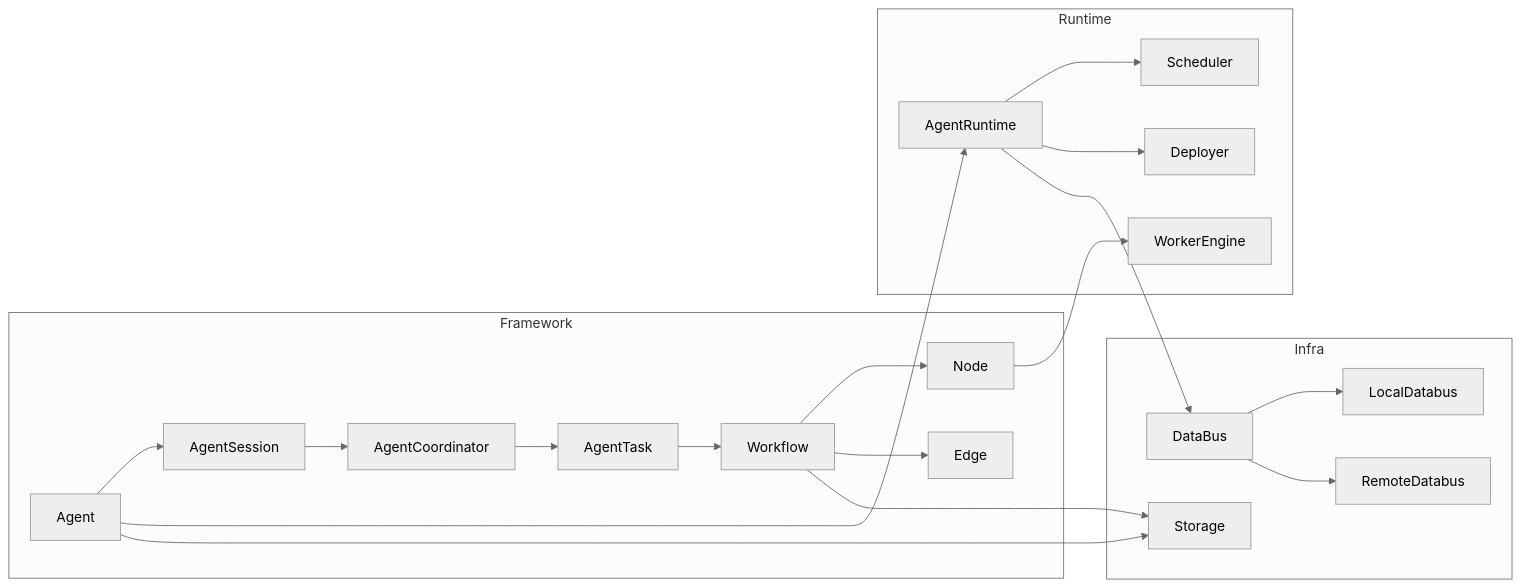
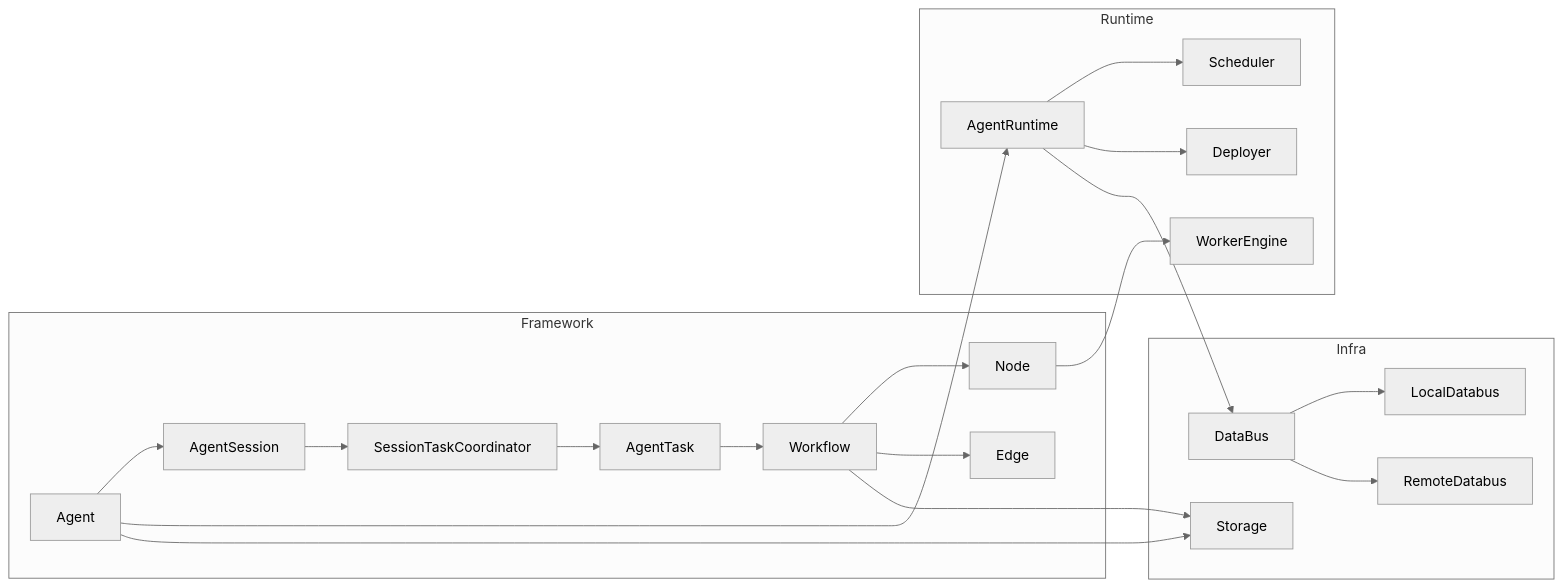
Before and after one commit to xyz11274/agentf: the fourth of 14 diagrams in docs/ARCHITECTURE.md, drawn with Mermaid (neutral theme). The commit also changed other lines of this file and 25 other files, not shown here.

````diff
--- a/docs/ARCHITECTURE.md
+++ b/docs/ARCHITECTURE.md
@@ -160,42 +160,42 @@
 ```mermaid
 graph LR
     subgraph Framework
       AG[Agent]
       SES[AgentSession]
-      CO[AgentCoordinator]
+      CO[SessionTaskCoordinator]
       TK[AgentTask]
       WF[Workflow]
       ND[Node]
       ED[Edge]
     end
 
     subgraph Runtime
       RT[AgentRuntime]
       SC[Scheduler]
       DP[Deployer]
       WK[WorkerEngine]
     end
 
     subgraph Infra
       DB[DataBus]
       LDB[LocalDatabus]
       RDB[RemoteDatabus]
       ST[Storage]
     end
 
     AG --> SES
     SES --> CO
     CO --> TK
     TK --> WF
     WF --> ND
     WF --> ED
     AG --> RT
     RT --> SC
     RT --> DP
     ND --> WK
     RT --> DB
     DB --> LDB
     DB --> RDB
     AG --> ST
     WF --> ST
 ```
````
